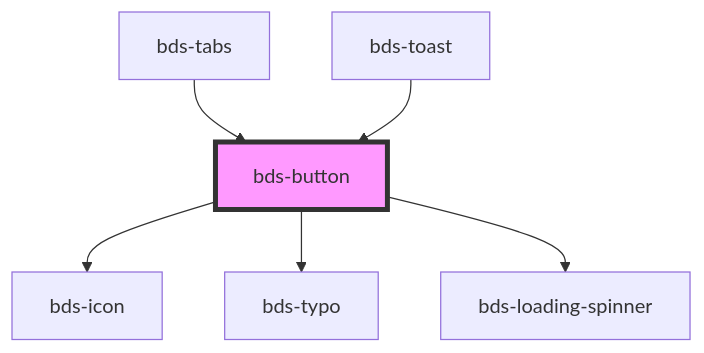
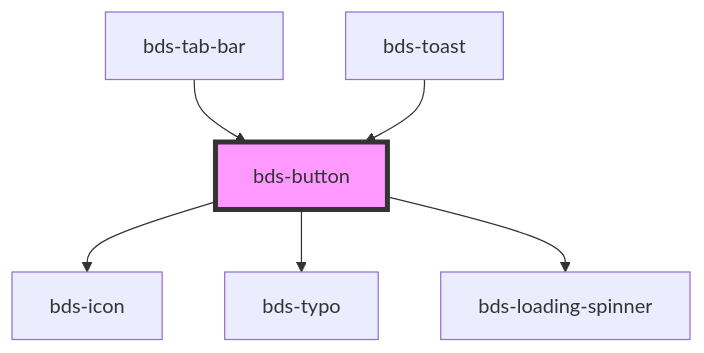
The diagram in src/components/button/readme.md (takenet/blip-ds), drawn with Mermaid before and after one commit. The commit also changed other lines of this file and 11 other files, not shown here.

Commit message:
feat(tabs): bar as other component

````diff
--- a/src/components/button/readme.md
+++ b/src/components/button/readme.md
@@ -44,9 +44,9 @@
 ```mermaid
 graph TD;
   bds-button --> bds-icon
   bds-button --> bds-typo
   bds-button --> bds-loading-spinner
-  bds-tabs --> bds-button
+  bds-tab-bar --> bds-button
   bds-toast --> bds-button
   style bds-button fill:#f9f,stroke:#333,stroke-width:4px
 ```
````
